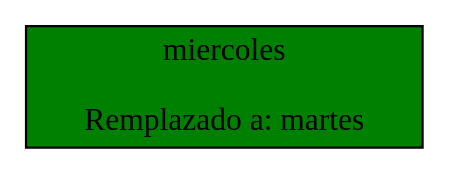
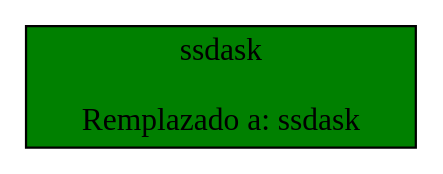
Before and after one commit to ChrisUSAC/EDD_1S2020_P1_201709272: the diagram in uedit/ReportePalabrasRemplazadas.dot, drawn with Graphviz. The commit also changed 17 other files, not shown here.

```diff
--- a/uedit/ReportePalabrasRemplazadas.dot
+++ b/uedit/ReportePalabrasRemplazadas.dot
@@ -1,7 +1,8 @@
 digraph G{ 
 rankdir=LR 
 node[ shape = box] 
-0[label = "miercoles
+0[label = "ssdask
 
-Remplazado a: martes" width=2.0 , fillcolor=green ,style = filled]; 
+Remplazado a: ssdask
+" width=2.0 , fillcolor=green ,style = filled]; 
 }
```
